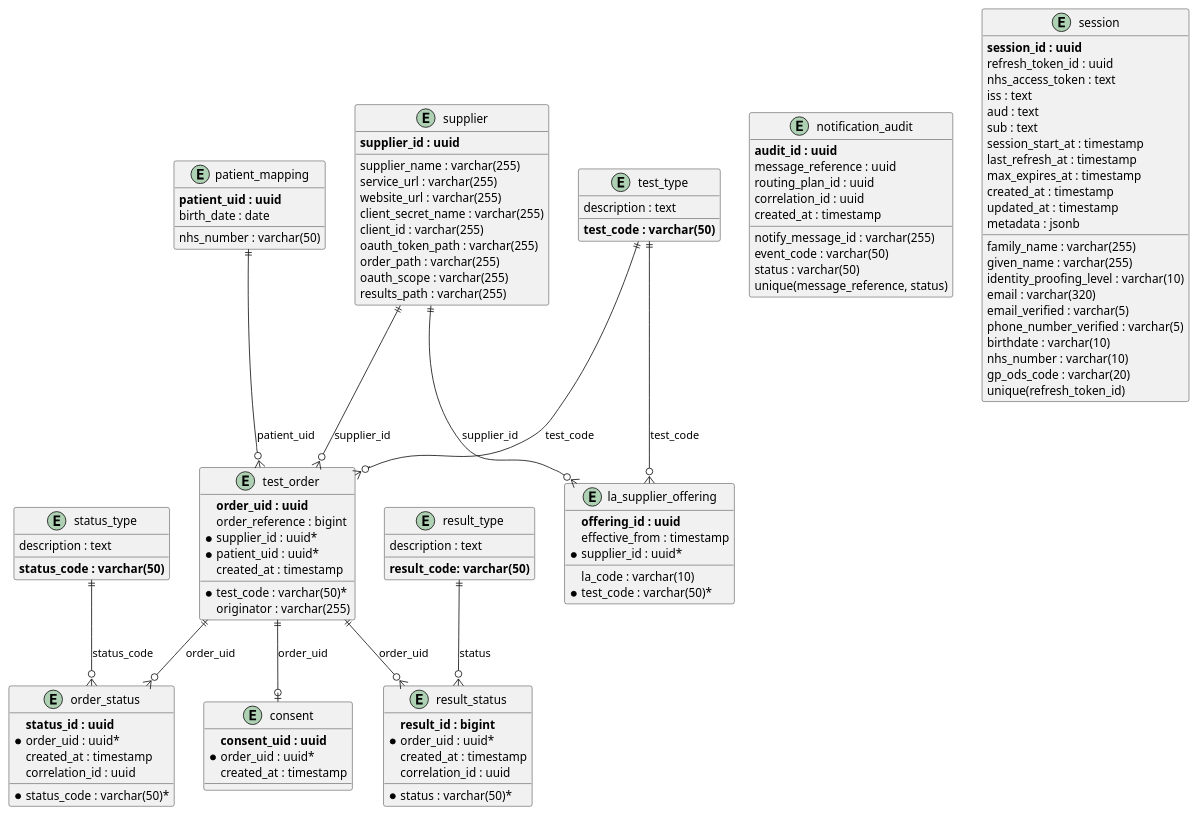
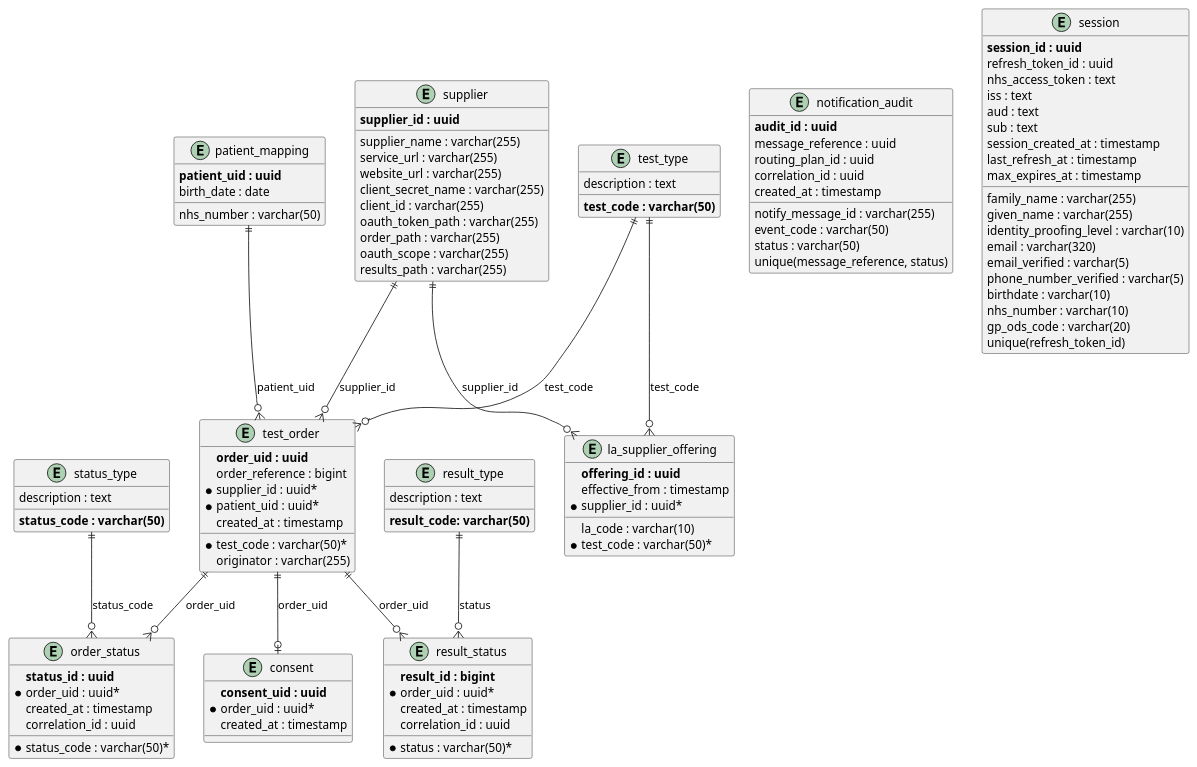
The diagram in database/schema_diagram.puml (NHSDigital/hometest-service), drawn with PlantUML before and after one commit. The commit also changed 1 other file, not shown here.

Commit message:
feat: update-table-and-schema-with-latest-session-changes

```diff
--- a/database/schema_diagram.puml
+++ b/database/schema_diagram.puml
@@ -1,128 +1,125 @@
 @startuml
 entity "patient_mapping" as patient {
   **patient_uid : uuid**
   nhs_number : varchar(50)
   birth_date : date
 }
 
 entity "test_type" as test {
   **test_code : varchar(50)**
   description : text
 }
 
 entity "supplier" as supplier {
   **supplier_id : uuid**
   supplier_name : varchar(255)
   service_url : varchar(255)
   website_url : varchar(255)
   client_secret_name : varchar(255)
   client_id : varchar(255)
   oauth_token_path : varchar(255)
   order_path : varchar(255)
   oauth_scope : varchar(255)
   results_path : varchar(255)
 }
 
 entity "la_supplier_offering" as offering {
   **offering_id : uuid**
   la_code : varchar(10)
   effective_from : timestamp
   *supplier_id : uuid*
   *test_code : varchar(50)*
 }
 
 entity "test_order" as orders {
   **order_uid : uuid**
   order_reference : bigint
   *supplier_id : uuid*
   *patient_uid : uuid*
   *test_code : varchar(50)*
   originator : varchar(255)
   created_at : timestamp
 }
 
 entity "status_type" as status_type {
   **status_code : varchar(50)**
   description : text
 }
 
 entity "order_status" as order_status {
   **status_id : uuid**
   *order_uid : uuid*
   *status_code : varchar(50)*
   created_at : timestamp
   correlation_id : uuid
 }
 
 entity "result_type" as result_type {
   **result_code: varchar(50)**
   description : text
 }
 
 entity "result_status" as result_status {
   **result_id : bigint**
   *order_uid : uuid*
   *status : varchar(50)*
   created_at : timestamp
   correlation_id : uuid
 }
 
 entity "consent" as consent {
   **consent_uid : uuid**
   *order_uid : uuid*
   created_at : timestamp
 }
 
 entity "notification_audit" as notification_audit {
   **audit_id : uuid**
   message_reference : uuid
   notify_message_id : varchar(255)
   event_code : varchar(50)
   routing_plan_id : uuid
   correlation_id : uuid
   status : varchar(50)
   created_at : timestamp
   unique(message_reference, status)
 }
 
 entity "session" as session {
   **session_id : uuid**
   refresh_token_id : uuid
   nhs_access_token : text
   iss : text
   aud : text
   sub : text
   family_name : varchar(255)
   given_name : varchar(255)
   identity_proofing_level : varchar(10)
   email : varchar(320)
   email_verified : varchar(5)
   phone_number_verified : varchar(5)
   birthdate : varchar(10)
   nhs_number : varchar(10)
   gp_ods_code : varchar(20)
-  session_start_at : timestamp
+  session_created_at : timestamp
   last_refresh_at : timestamp
   max_expires_at : timestamp
-  created_at : timestamp
-  updated_at : timestamp
-  metadata : jsonb
   unique(refresh_token_id)
 }
 
 ' Relationships
 patient ||--o{ orders : "patient_uid"
 supplier ||--o{ orders : "supplier_id"
 test ||--o{ orders : "test_code"
 
 supplier ||--o{ offering : "supplier_id"
 test ||--o{ offering : "test_code"
 
 orders ||--o{ order_status : "order_uid"
 orders ||--o{ result_status : "order_uid"
 orders ||--o| consent : "order_uid"
 
 status_type ||--o{ order_status : "status_code"
 result_type ||--o{ result_status : "status"
 
 @enduml
```
